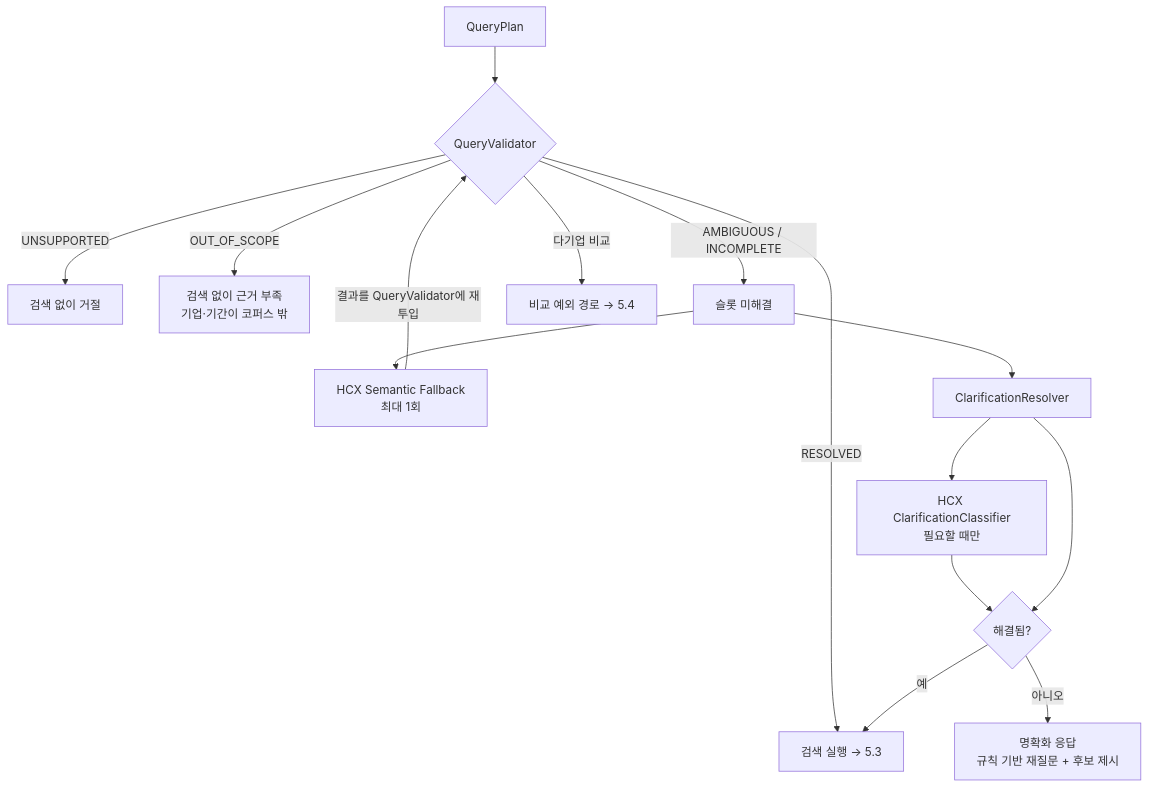
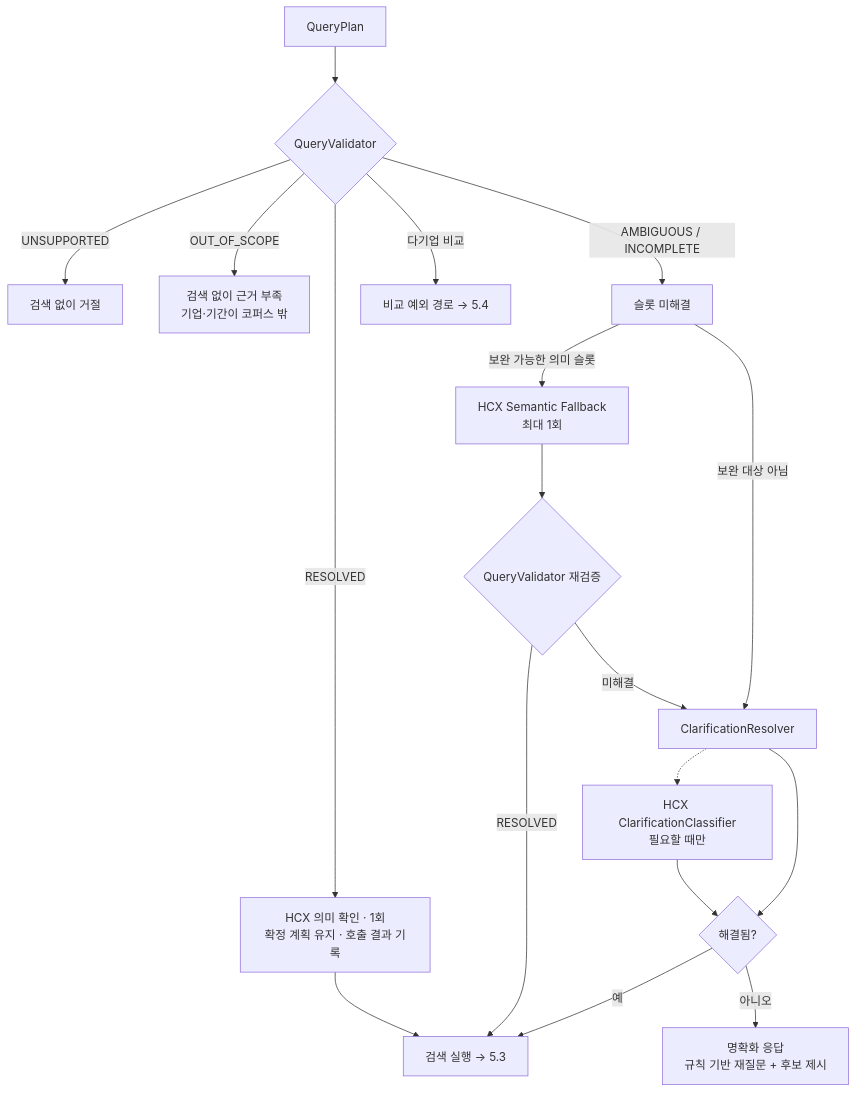
One commit to TaeYoon0922/Festival changed the fourth of 7 diagrams in 기술제안서.md. Above: the diagram before and after it, drawn with Mermaid. The commit also changed other lines of this file and 1 other file, not shown here.

````diff
--- a/기술제안서.md
+++ b/기술제안서.md
@@ -284,19 +295,22 @@
 ```mermaid
 flowchart TD
     QP["QueryPlan"] --> V{"QueryValidator"}
 
     V -->|"UNSUPPORTED"| T1["검색 없이 거절"]
     V -->|"OUT_OF_SCOPE"| T2["검색 없이 근거 부족<br/>기업·기간이 코퍼스 밖"]
     V -->|"AMBIGUOUS / INCOMPLETE"| A["슬롯 미해결"]
     V -->|"다기업 비교"| CMP["비교 예외 경로 → 5.4"]
-    V -->|"RESOLVED"| OK["검색 실행 → 5.3"]
+    V -->|"RESOLVED"| QC["HCX 의미 확인 · 1회<br/>확정 계획 유지 · 호출 결과 기록"]
+    QC --> OK["검색 실행 → 5.3"]
 
-    A --> FB["HCX Semantic Fallback<br/>최대 1회"]
-    FB -->|"결과를 QueryValidator에 재투입"| V
-    A --> CR["ClarificationResolver"]
-    CR --> CC["HCX ClarificationClassifier<br/>필요할 때만"]
+    A -->|"보완 가능한 의미 슬롯"| FB["HCX Semantic Fallback<br/>최대 1회"]
+    FB --> RV{"QueryValidator 재검증"}
+    RV -->|"RESOLVED"| OK
+    RV -->|"미해결"| CR["ClarificationResolver"]
+    A -->|"보완 대상 아님"| CR
+    CR -.-> CC["HCX ClarificationClassifier<br/>필요할 때만"]
     CC --> CQ{"해결됨?"}
     CR --> CQ
     CQ -->|"예"| OK
     CQ -->|"아니오"| T3["명확화 응답<br/>규칙 기반 재질문 + 후보 제시"]
 ```
````
